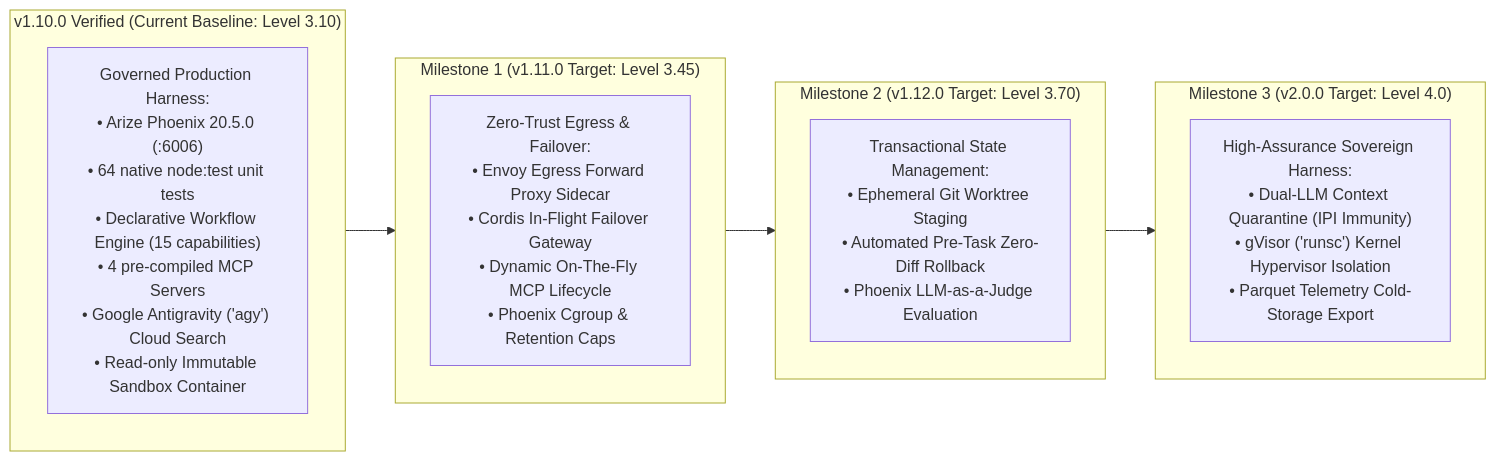
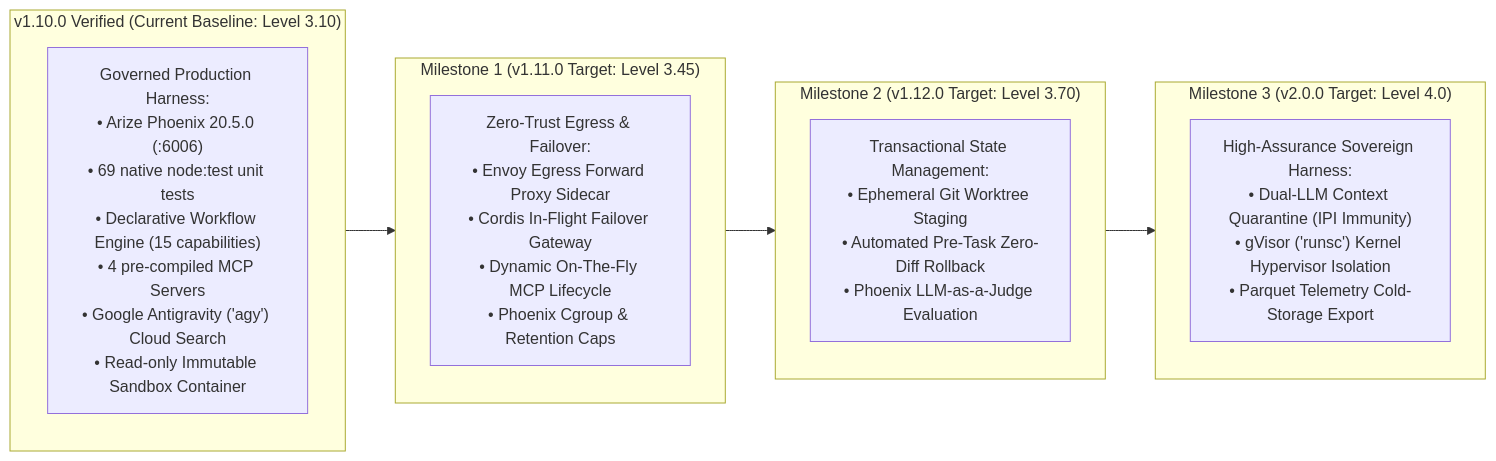
One commit to hdjebar/DSH-DDS changed the fifth of 5 diagrams in docs/future-development/SOTA-ResearchReport-ProductionArch.md. Above: the diagram before and after it, drawn with Mermaid. The commit also changed other lines of this file and 19 other files, not shown here.

````diff
--- a/docs/future-development/SOTA-ResearchReport-ProductionArch.md
+++ b/docs/future-development/SOTA-ResearchReport-ProductionArch.md
@@ -379,24 +379,24 @@
 ```mermaid
 flowchart LR
     subgraph V110["v1.10.0 Verified (Current Baseline: Level 3.10)"]
         direction TB
-        B1["Governed Production Harness:<br/>• Arize Phoenix 20.5.0 (:6006)<br/>• 64 native node:test unit tests<br/>• Declarative Workflow Engine (15 capabilities)<br/>• 4 pre-compiled MCP Servers<br/>• Google Antigravity ('agy') Cloud Search<br/>• Read-only Immutable Sandbox Container"]
+        B1["Governed Production Harness:<br/>• Arize Phoenix 20.5.0 (:6006)<br/>• 69 native node:test unit tests<br/>• Declarative Workflow Engine (15 capabilities)<br/>• 4 pre-compiled MCP Servers<br/>• Google Antigravity ('agy') Cloud Search<br/>• Read-only Immutable Sandbox Container"]
     end
 
     subgraph V111["Milestone 1 (v1.11.0 Target: Level 3.45)"]
         direction TB
         T1["Zero-Trust Egress & Failover:<br/>• Envoy Egress Forward Proxy Sidecar<br/>• Cordis In-Flight Failover Gateway<br/>• Dynamic On-The-Fly MCP Lifecycle<br/>• Phoenix Cgroup & Retention Caps"]
     end
 
     subgraph V112["Milestone 2 (v1.12.0 Target: Level 3.70)"]
         direction TB
         T2["Transactional State Management:<br/>• Ephemeral Git Worktree Staging<br/>• Automated Pre-Task Zero-Diff Rollback<br/>• Phoenix LLM-as-a-Judge Evaluation"]
     end
 
     subgraph V200["Milestone 3 (v2.0.0 Target: Level 4.0)"]
         direction TB
         T3["High-Assurance Sovereign Harness:<br/>• Dual-LLM Context Quarantine (IPI Immunity)<br/>• gVisor ('runsc') Kernel Hypervisor Isolation<br/>• Parquet Telemetry Cold-Storage Export"]
     end
 
     V110 --> V111 --> V112 --> V200
 ```
````
